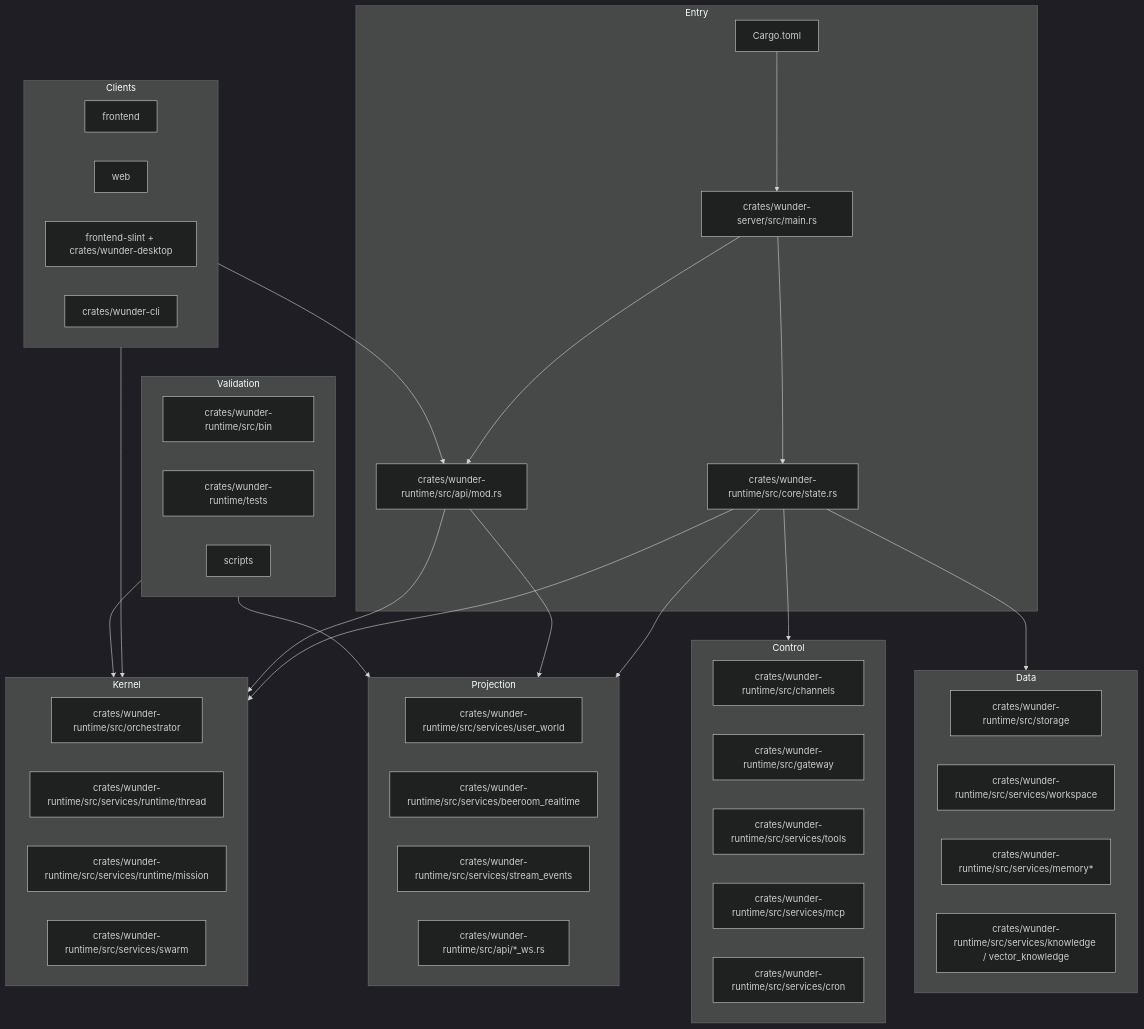
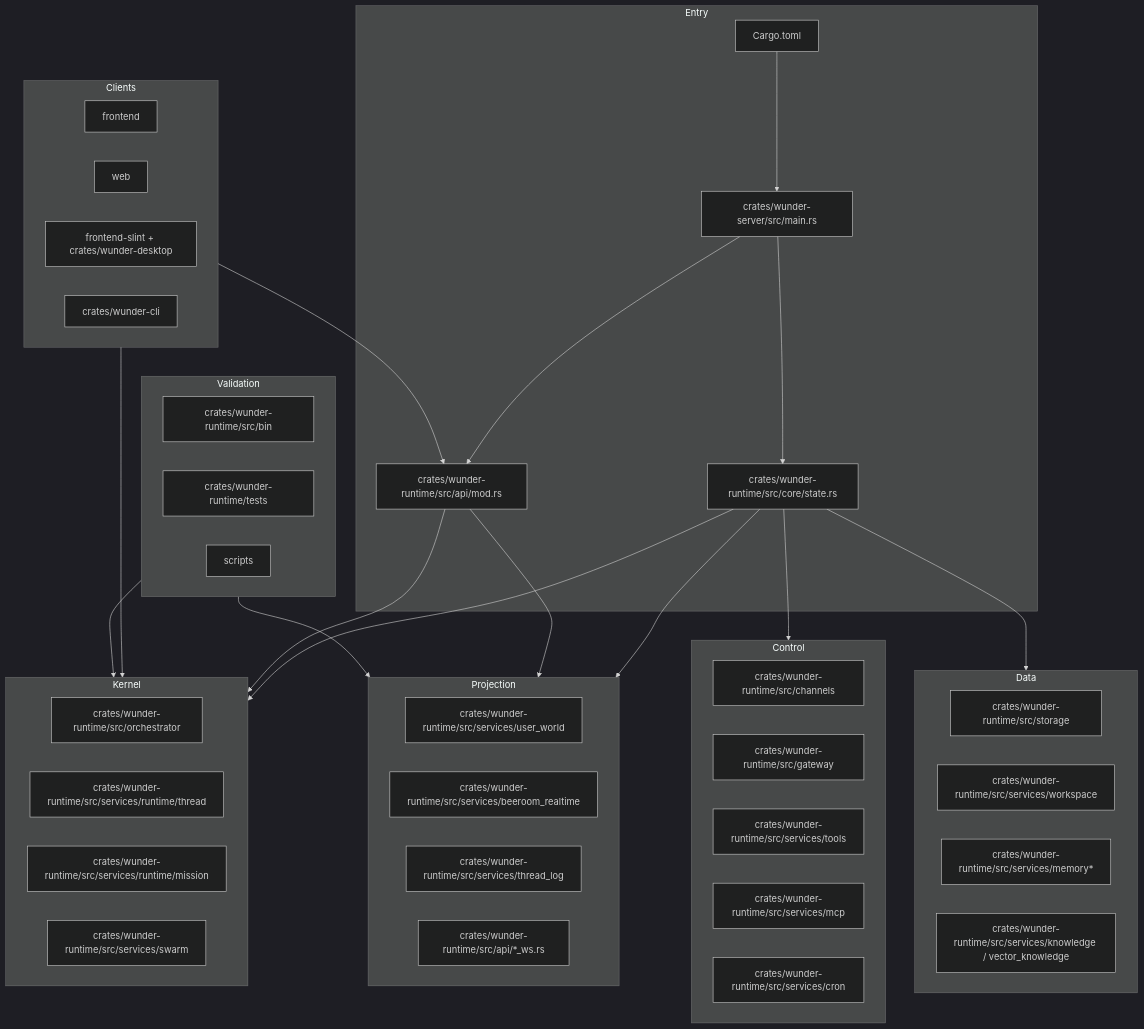
Before and after one commit to ylsdamxssjxxdd/wunder: the second of 3 diagrams in docs/设计文档/01-系统总体设计.md, drawn with Mermaid (dark theme). The commit also changed other lines of this file and 162 other files, not shown here.

````diff
--- a/docs/设计文档/01-系统总体设计.md
+++ b/docs/设计文档/01-系统总体设计.md
@@ -173,65 +173,65 @@
 ```mermaid
 flowchart TB
   subgraph Entry["Entry"]
     Cargo["Cargo.toml"]
     Main["crates/wunder-server/src/main.rs"]
     State["crates/wunder-runtime/src/core/state.rs"]
     Api["crates/wunder-runtime/src/api/mod.rs"]
   end
 
   subgraph Kernel["Kernel"]
     Orch["crates/wunder-runtime/src/orchestrator"]
     ThreadRt["crates/wunder-runtime/src/services/runtime/thread"]
     MissionRt["crates/wunder-runtime/src/services/runtime/mission"]
     Swarm["crates/wunder-runtime/src/services/swarm"]
   end
 
   subgraph Projection["Projection"]
     UserWorld["crates/wunder-runtime/src/services/user_world"]
     Beeroom["crates/wunder-runtime/src/services/beeroom_realtime"]
-    Events["crates/wunder-runtime/src/services/stream_events"]
+    Events["crates/wunder-runtime/src/services/thread_log"]
     WsApi["crates/wunder-runtime/src/api/*_ws.rs"]
   end
 
   subgraph Control["Control"]
     Channels["crates/wunder-runtime/src/channels"]
     Gateway["crates/wunder-runtime/src/gateway"]
     Tools["crates/wunder-runtime/src/services/tools"]
     Mcp["crates/wunder-runtime/src/services/mcp"]
     Cron["crates/wunder-runtime/src/services/cron"]
   end
 
   subgraph Data["Data"]
     Storage["crates/wunder-runtime/src/storage"]
     Workspace["crates/wunder-runtime/src/services/workspace"]
     Memory["crates/wunder-runtime/src/services/memory*"]
     Knowledge["crates/wunder-runtime/src/services/knowledge / vector_knowledge"]
   end
 
   subgraph Clients["Clients"]
     Frontend["frontend"]
     Web["web"]
     Desktop["frontend-slint + crates/wunder-desktop"]
     Cli["crates/wunder-cli"]
   end
 
   subgraph Validation["Validation"]
     Bin["crates/wunder-runtime/src/bin"]
     Tests["crates/wunder-runtime/tests"]
     Scripts["scripts"]
   end
 
   Cargo --> Main
   Main --> State
   Main --> Api
   State --> Kernel
   State --> Projection
   State --> Control
   State --> Data
   Api --> Kernel
   Api --> Projection
   Clients --> Api
   Clients --> Kernel
   Validation --> Kernel
   Validation --> Projection
 ```
````
